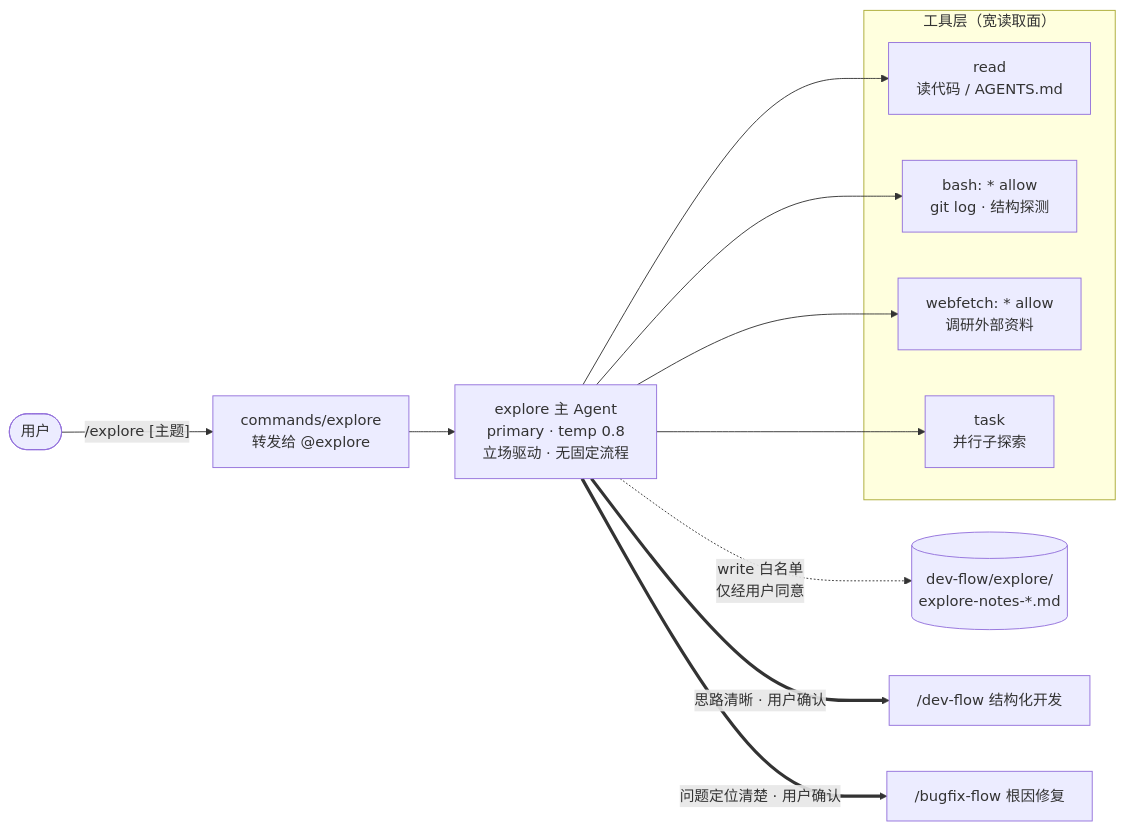
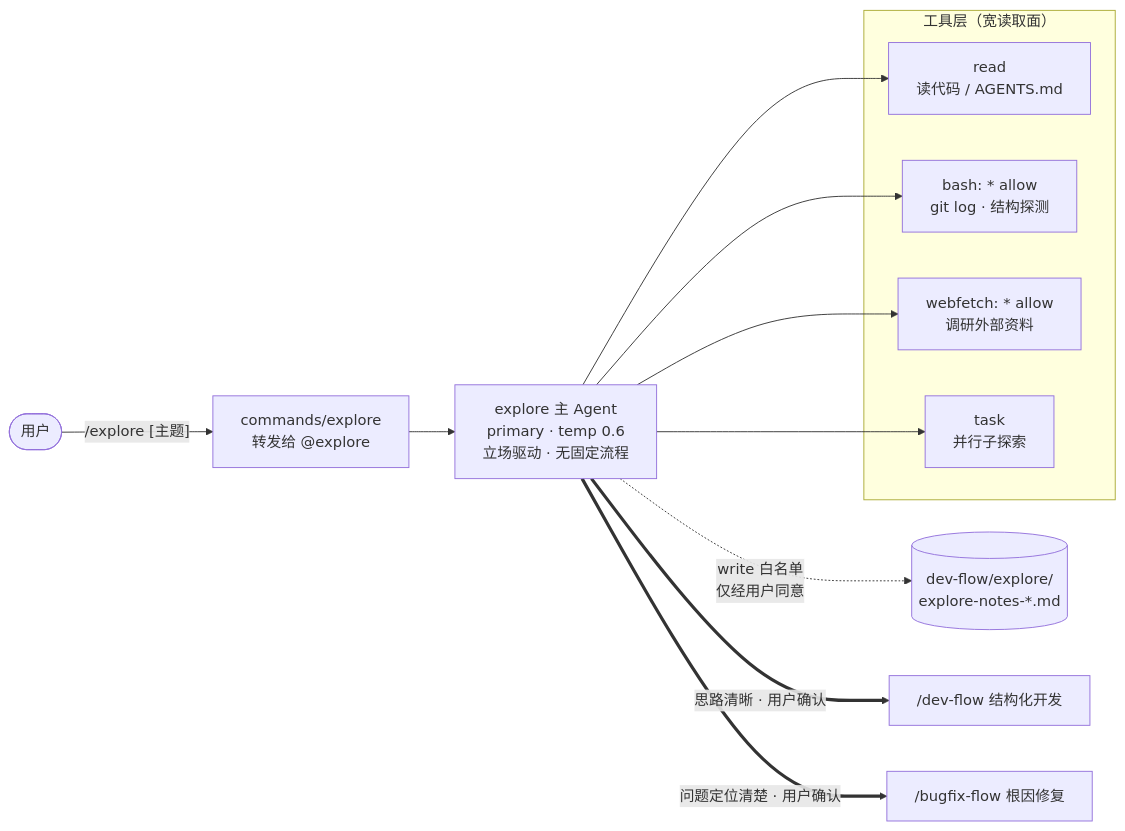
The first of 4 diagrams in docs/explore-DESIGN.md (GMshuS/opencode-study), drawn with Mermaid before and after one commit. The commit also changed other lines of this file and 4 other files, not shown here.

````diff
--- a/docs/explore-DESIGN.md
+++ b/docs/explore-DESIGN.md
@@ -66,18 +66,18 @@
 ```mermaid
 flowchart LR
     U(["用户"]) -->|"/explore [主题]"| CMD["commands/explore<br/>转发给 @explore"]
-    CMD --> AG["explore 主 Agent<br/>primary · temp 0.8<br/>立场驱动 · 无固定流程"]
+    CMD --> AG["explore 主 Agent<br/>primary · temp 0.6<br/>立场驱动 · 无固定流程"]
 
     subgraph TOOLS["工具层（宽读取面）"]
         R["read<br/>读代码 / AGENTS.md"]
         B["bash: * allow<br/>git log · 结构探测"]
         W["webfetch: * allow<br/>调研外部资料"]
         T["task<br/>并行子探索"]
     end
 
     AG --> R & B & W & T
     AG -.->|"write 白名单<br/>仅经用户同意"| FS[("dev-flow/explore/<br/>explore-notes-*.md")]
 
     AG ==>|"思路清晰 · 用户确认"| DEV["/dev-flow 结构化开发"]
     AG ==>|"问题定位清楚 · 用户确认"| BF["/bugfix-flow 根因修复"]
 ```
````
